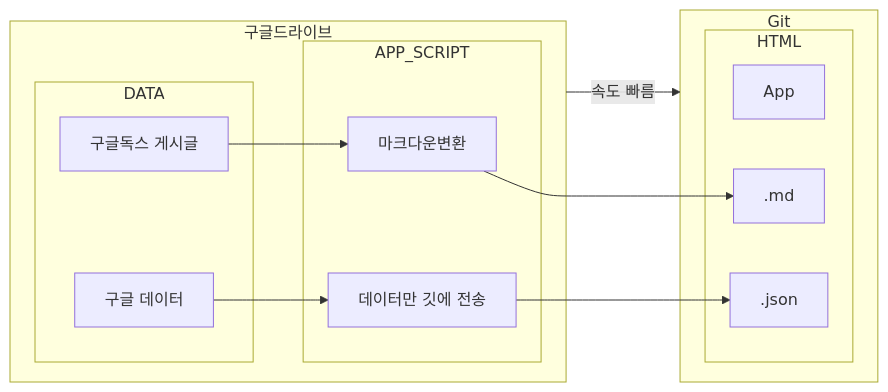
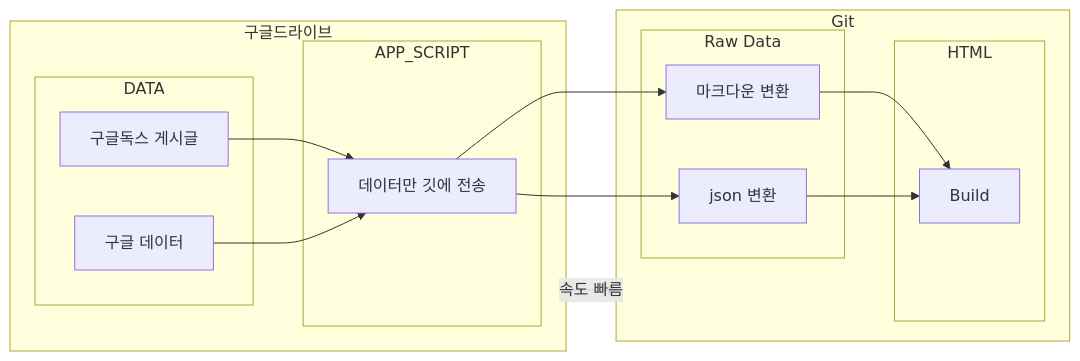
One commit to ingeechung-jpg/ingee_kiosk_v2 changed the second of 2 diagrams in raw/md/1M3M6Nr1fYRsocNbvE32s6nXe50iyBJkcQWSfOhPhyWI.md. Above: the diagram before and after it, drawn with Mermaid.

Commit message:
chore: update raw md [skip ci]

````diff
--- a/raw/md/1M3M6Nr1fYRsocNbvE32s6nXe50iyBJkcQWSfOhPhyWI.md
+++ b/raw/md/1M3M6Nr1fYRsocNbvE32s6nXe50iyBJkcQWSfOhPhyWI.md
@@ -57,49 +57,55 @@
 ```mermaid
 
 flowchart LR
 
-   subgraph GDRIVE["구글드라이브"]
+  subgraph GDRIVE["구글드라이브"]
 
-        subgraph DATA
+       subgraph DATA
 
-            DOC[구글독스 게시글]
+           DOC[구글독스 게시글]
 
-            GDATA[구글 데이터]
+           GDATA[구글 데이터]
 
-        end
+       end
 
-        subgraph APP_SCRIPT
+       subgraph APP_SCRIPT
 
-            MDPROC[마크다운변환]
+           DATAPROC[데이터만 깃에 전송]
 
-            DATAPROC[데이터만 깃에 전송]
+       end
 
-        end
+       DOC --> DATAPROC
 
-        DOC --> MDPROC
+       GDATA --> DATAPROC
 
-        GDATA --> DATAPROC
+   end
 
-    end
+   subgraph GIT["Git"]
 
-    subgraph GIT["Git"]
+         subgraph Raw Data
 
-        subgraph HTML
+          MD[마크다운 변환]
 
-            APP[App]
+           JSON[json 변환]
 
-            MD[.md]
+       end
 
-            JSON[.json]
+       subgraph HTML
 
-        end
+        app[Build]
 
-    end
+       end
 
-    MDPROC --> MD
+   end
 
-    DATAPROC --> JSON
+   DATAPROC --> MD
 
-    GDRIVE -- 속도 빠름 --> GIT
+   DATAPROC --> JSON
+
+   MD --> app
+
+   JSON --> app
+
+   GDRIVE -- 속도 빠름 --> GIT
 
 ```
````
